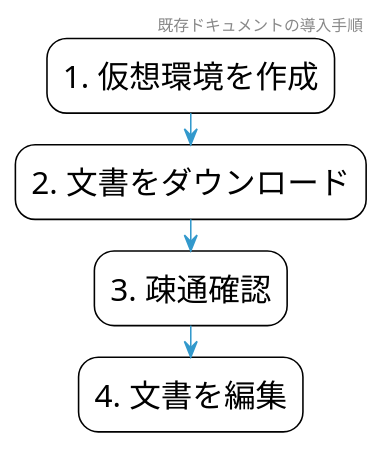
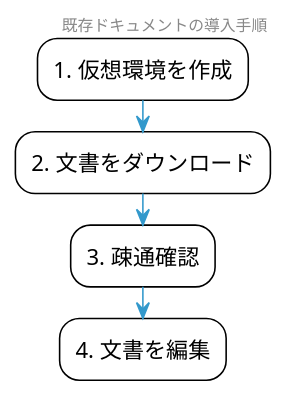
The diagram in docs/python/memo.md (nop892371/test-page), drawn with PlantUML before and after one commit. The commit also changed other lines of this file and 5 other files, not shown here.

````diff
--- a/docs/python/memo.md
+++ b/docs/python/memo.md
@@ -70,21 +58,21 @@
     ```plantuml
     @startuml
     skinparam shadowing false
     skinparam ActivityBackgroundColor white
     skinparam ActivityBorderColor black
     skinparam ActivityBorderThickness 1
     skinparam ActivityArrowColor #3399cc
     skinparam ActivityFontName 'Meiryo UI'
-    skinparam ActivityFontSize 20
+    skinparam ActivityFontSize 14
     skinparam ActivityDiamondBackgroundColor white
     skinparam ActivityDiamondBorderColor black
     skinparam ActivityDiamondBorderThickness 1
 
     header 既存ドキュメントの導入手順
     
     :1. 仮想環境を作成;
     :2. 文書をダウンロード;
     :3. 疎通確認;
     :4. 文書を編集;
     @enduml
     ```
````
